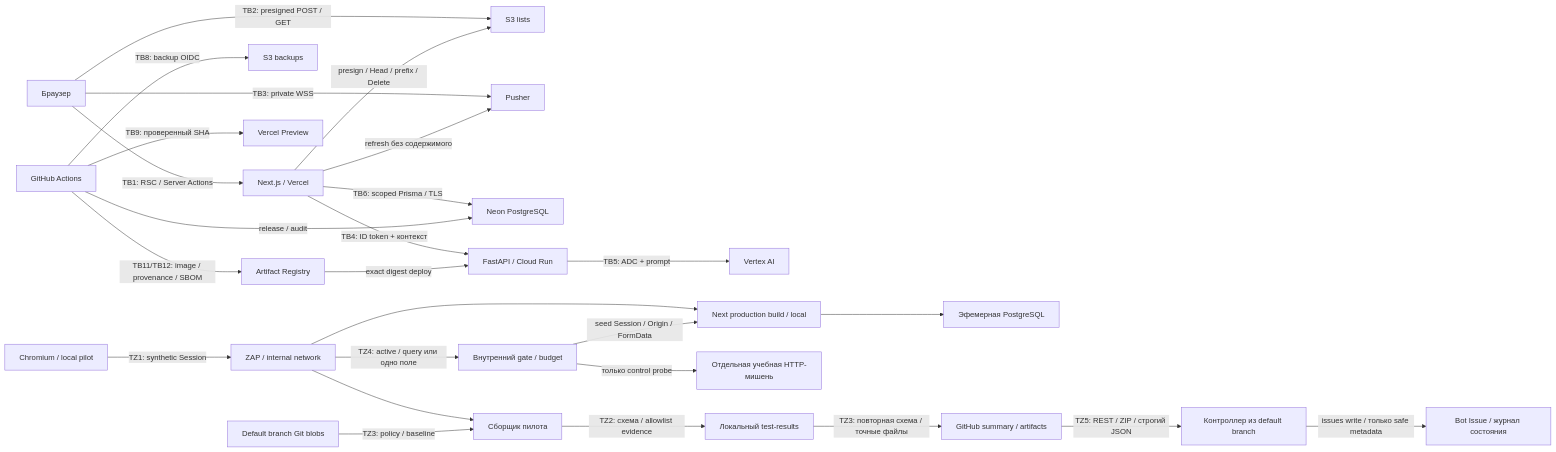
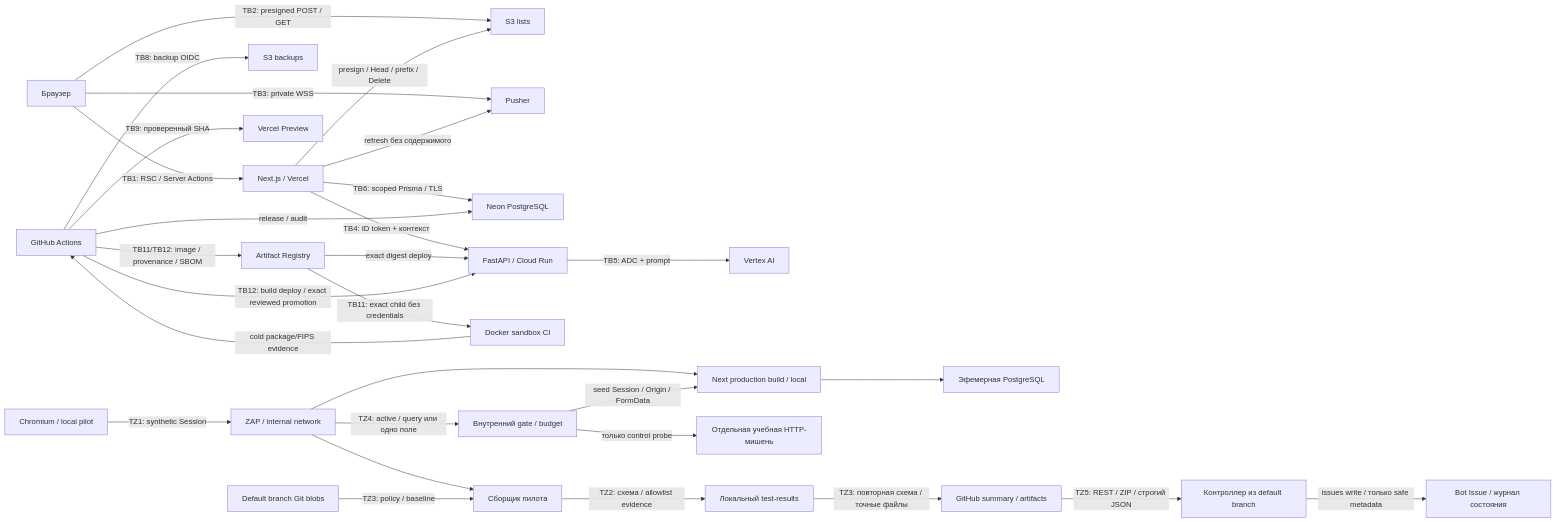
One commit to kzhirikhin/smart-lists changed the diagram in THREAT_MODEL.md. Above: the diagram before and after it, drawn with Mermaid. The commit also changed other lines of this file and 4 other files, not shown here.

```diff
--- a/THREAT_MODEL.md
+++ b/THREAT_MODEL.md
@@ -420,28 +430,31 @@
 ~~~mermaid
 flowchart LR
     B[Браузер] -->|TB1: RSC / Server Actions| N[Next.js / Vercel]
     B -->|TB2: presigned POST / GET| S[S3 lists]
     B -->|TB3: private WSS| P[Pusher]
     N -->|TB6: scoped Prisma / TLS| D[Neon PostgreSQL]
     N -->|presign / Head / prefix / Delete| S
     N -->|refresh без содержимого| P
     N -->|TB4: ID token + контекст| F[FastAPI / Cloud Run]
     F -->|TB5: ADC + prompt| V[Vertex AI]
     G[GitHub Actions] -->|release / audit| D
     G -->|TB8: backup OIDC| K[S3 backups]
     G -->|TB11/TB12: image / provenance / SBOM| A[Artifact Registry]
     A -->|exact digest deploy| F
+    G -->|TB12: build deploy / exact reviewed promotion| F
+    A -->|TB11: exact child без credentials| GP[Docker sandbox CI]
+    GP -->|cold package/FIPS evidence| G
     G -->|TB9: проверенный SHA| Q[Vercel Preview]
     PB[Chromium / local pilot] -->|TZ1: synthetic Session| Z[ZAP / internal network]
     Z --> LN[Next production build / local]
     Z -->|TZ4: active / query или одно поле| WG[Внутренний gate / budget]
     WG -->|seed Session / Origin / FormData| LN
     WG -->|только control probe| LAB[Отдельная учебная HTTP-мишень]
     LN --> TD[Эфемерная PostgreSQL]
     Z --> C[Сборщик пилота]
     C -->|TZ2: схема / allowlist evidence| O[Локальный test-results]
     O -->|TZ3: повторная схема / точные файлы| ZA[GitHub summary / artifacts]
     TC[Default branch Git blobs] -->|TZ3: policy / baseline| C
     ZA -->|TZ5: REST / ZIP / строгий JSON| OC[Контроллер из default branch]
     OC -->|issues write / только safe metadata| J[Bot Issue / журнал состояния]
 ~~~
```
